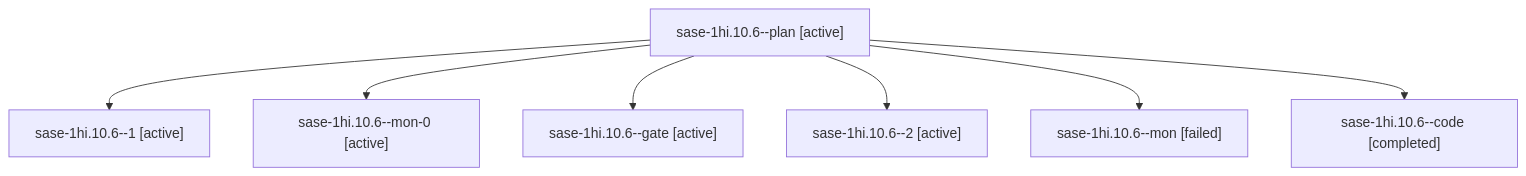
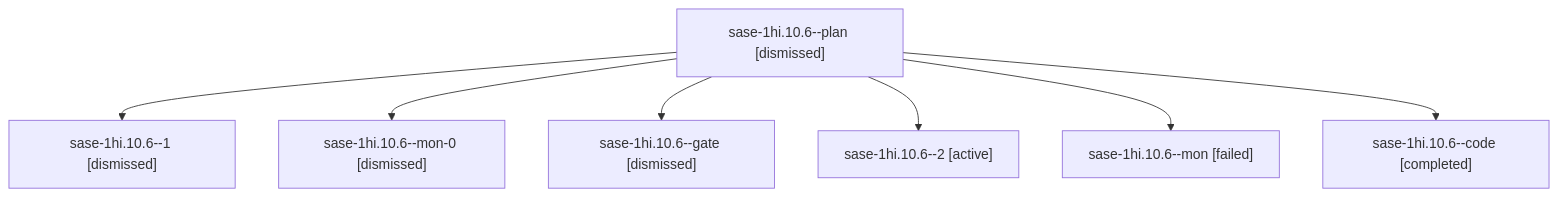
One commit to sase-org/sase--agents changed the diagram in sessions/bbugyi200.apollo.sase-1hi.10.6.md. Above: the diagram before and after it, drawn with Mermaid. The commit also changed other lines of this file and 259 other files, not shown here.

````diff
--- a/sessions/bbugyi200.apollo.sase-1hi.10.6.md
+++ b/sessions/bbugyi200.apollo.sase-1hi.10.6.md
@@ -9,16 +9,16 @@
 ```mermaid
 flowchart TD
-  n0["sase-1hi.10.6--plan [active]"]
-  n1["sase-1hi.10.6--1 [active]"]
+  n0["sase-1hi.10.6--plan [dismissed]"]
+  n1["sase-1hi.10.6--1 [dismissed]"]
   n0 --> n1
-  n2["sase-1hi.10.6--mon-0 [active]"]
+  n2["sase-1hi.10.6--mon-0 [dismissed]"]
   n0 --> n2
-  n3["sase-1hi.10.6--gate [active]"]
+  n3["sase-1hi.10.6--gate [dismissed]"]
   n0 --> n3
   n4["sase-1hi.10.6--2 [active]"]
   n0 --> n4
   n5["sase-1hi.10.6--mon [failed]"]
   n0 --> n5
   n6["sase-1hi.10.6--code [completed]"]
   n0 --> n6
 ```
````
